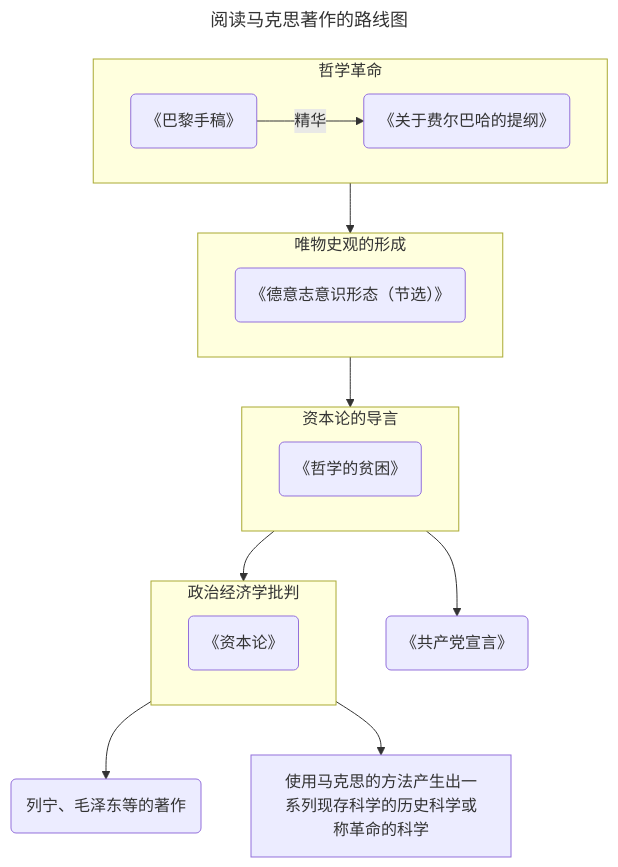
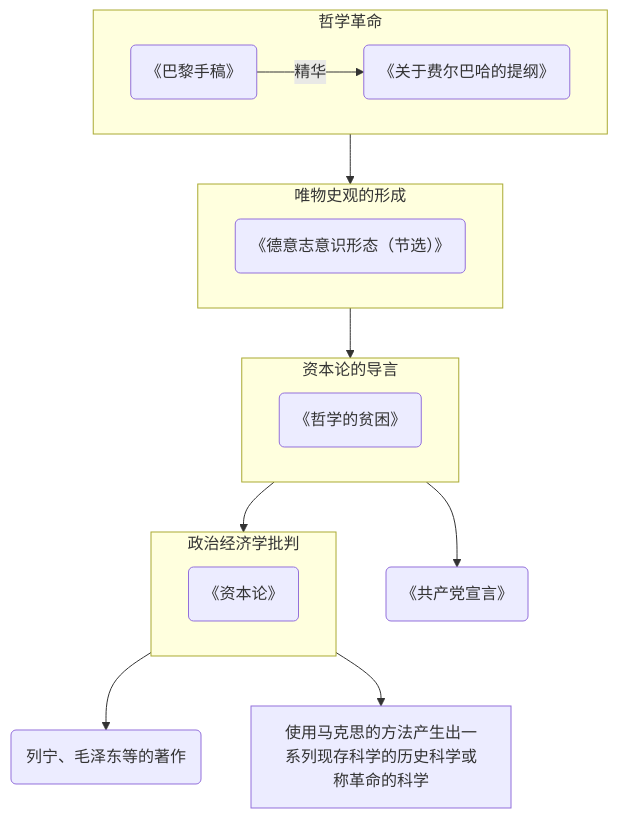
One commit to rainsins/rainsins.github.io changed the diagram in _posts/2024-08-07-marx.md. Above: the diagram before and after it, drawn with Mermaid. The commit also changed 1 other file, not shown here.

Commit message:
update mermaid->init

````diff
--- a/_posts/2024-08-07-marx.md
+++ b/_posts/2024-08-07-marx.md
@@ -105,24 +105,20 @@
 ```mermaid
----
-title: 阅读马克思著作的路线图
----
-
 flowchart
     subgraph 哲学革命
     V(《巴黎手稿》) -->|精华| C(《关于费尔巴哈的提纲》)
     end
     subgraph 唯物史观的形成
     E(《德意志意识形态（节选）》)
     end
     subgraph 资本论的导言
     F(《哲学的贫困》)
     end
     subgraph 政治经济学批判
     I(《资本论》)
     end
     H(《共产党宣言》)
     哲学革命 --> 唯物史观的形成 --> 资本论的导言--> 政治经济学批判
     资本论的导言 --> H
     政治经济学批判 --> N(列宁、毛泽东等的著作)
     政治经济学批判 --> J[使用马克思的方法产生出一系列现存科学的历史科学或称革命的科学]
 ```
````
